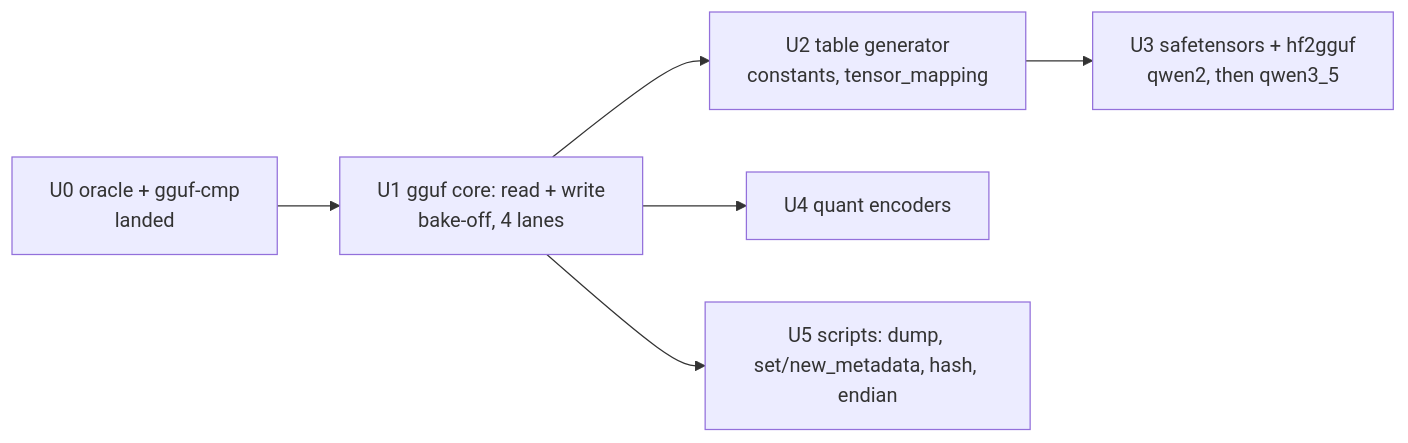
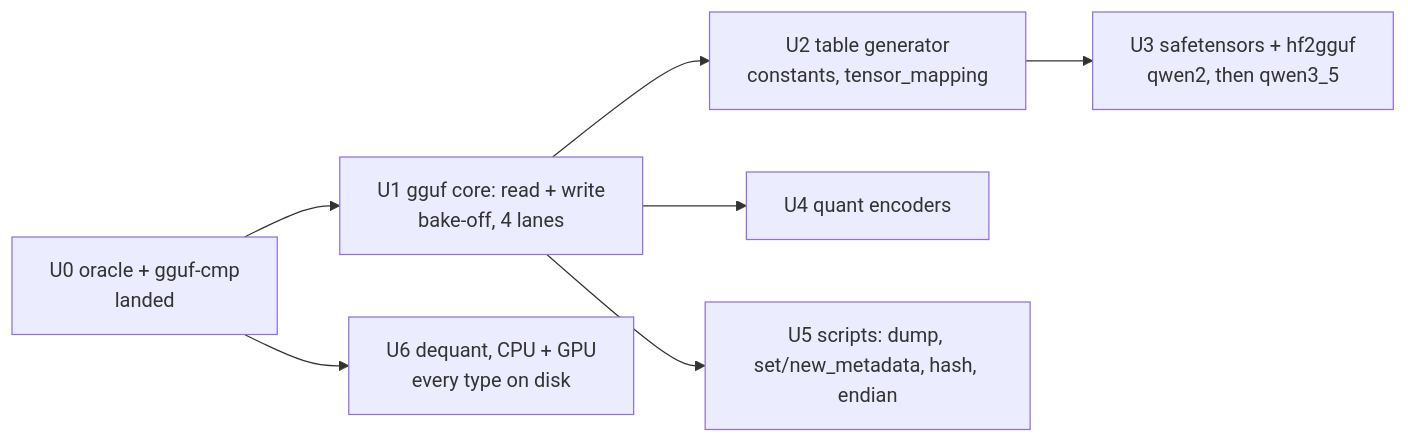
One commit to amarbaro/mojo-libs changed the diagram in libs/gguf/docs/PLAN.md. Above: the diagram before and after it, drawn with Mermaid. The commit also changed other lines of this file and 1 other file, not shown here.

First line of the commit message:
plan(U6): dequant for every type on disk, CPU + GPU; type census

````diff
--- a/libs/gguf/docs/PLAN.md
+++ b/libs/gguf/docs/PLAN.md
@@ -7,8 +7,9 @@
 ```mermaid
 flowchart LR
   U0[U0 oracle + gguf-cmp<br/>landed] --> U1[U1 gguf core: read + write<br/>bake-off, 4 lanes]
   U1 --> U2[U2 table generator<br/>constants, tensor_mapping]
   U1 --> U4[U4 quant encoders]
   U2 --> U3[U3 safetensors + hf2gguf<br/>qwen2, then qwen3_5]
   U1 --> U5[U5 scripts: dump, set/new_metadata, hash, endian]
+  U0 --> U6[U6 dequant, CPU + GPU<br/>every type on disk]
 ```
````
